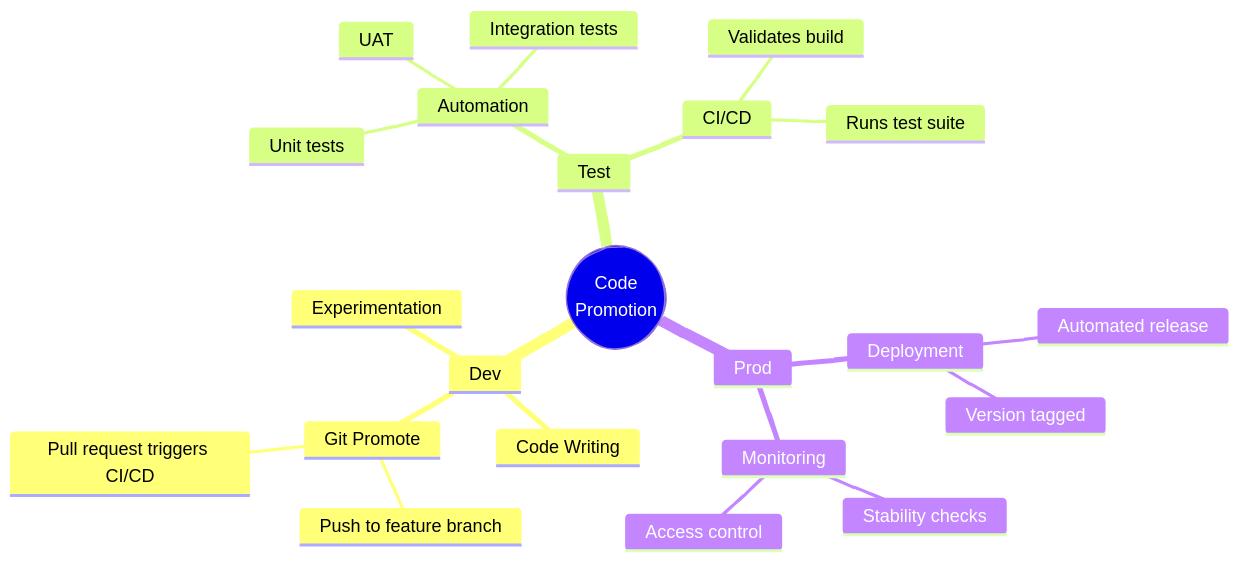
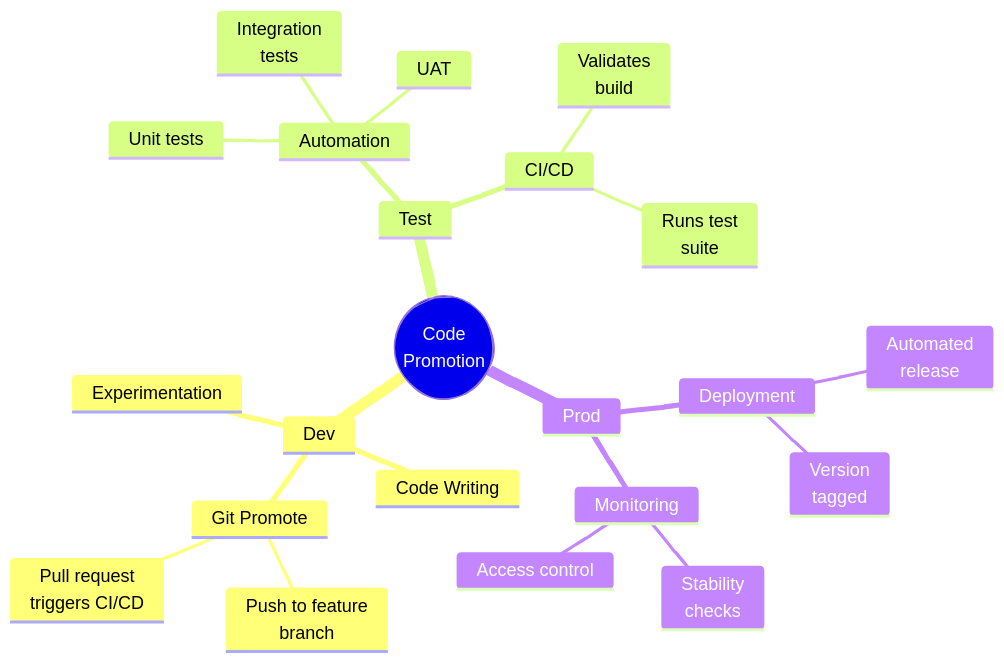
One commit to mjfrigaard/do4ds-labs changed the first of 4 diagrams in lab5.qmd. Above: the diagram before and after it, drawn with Mermaid. The commit also changed other lines of this file and 12 other files, not shown here.

````diff
--- a/lab5.qmd
+++ b/lab5.qmd
@@ -53,30 +53,30 @@
 ```{mermaid}
 %%| fig-cap: 'Data Science Environments'
 %%| fig-width: 7.0
 %%| fig-align: center
 %%{init: {'look': 'handDrawn', 'themeVariables': { 'fontFamily': 'monospace', "fontSize":"18px"}}}%%
 mindmap
   root((Code<br>Promotion))
     Dev
       Code Writing
       Experimentation
       Git Promote
-        Push to feature branch
-        Pull request triggers CI/CD
+        Push to feature<br>branch
+        Pull request<br>triggers CI/CD
     Test
       Automation
         Unit tests
-        Integration tests
+        Integration<br>tests
         UAT
       CI/CD
-        Validates build
-        Runs test suite
+        Validates<br>build
+        Runs test<br>suite
     Prod
       Deployment
-        Automated release
-        Version tagged
+        Automated<br>release
+        Version<br>tagged
       Monitoring
-        Stability checks
+        Stability<br>checks
         Access control
 
 ```
````
